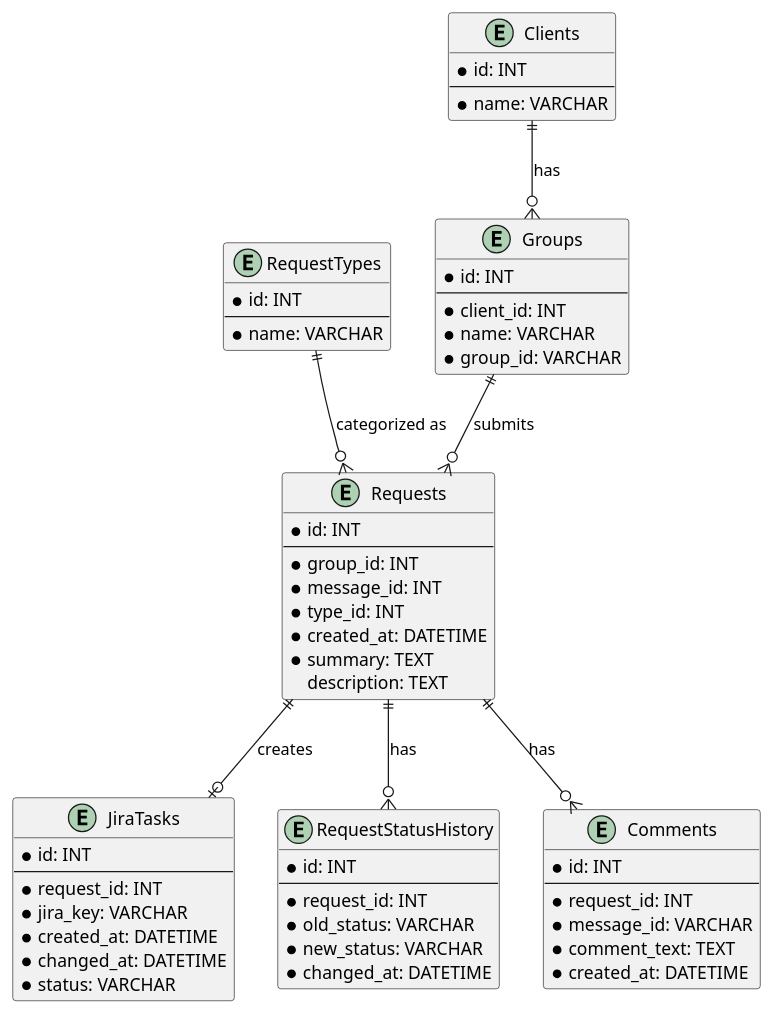
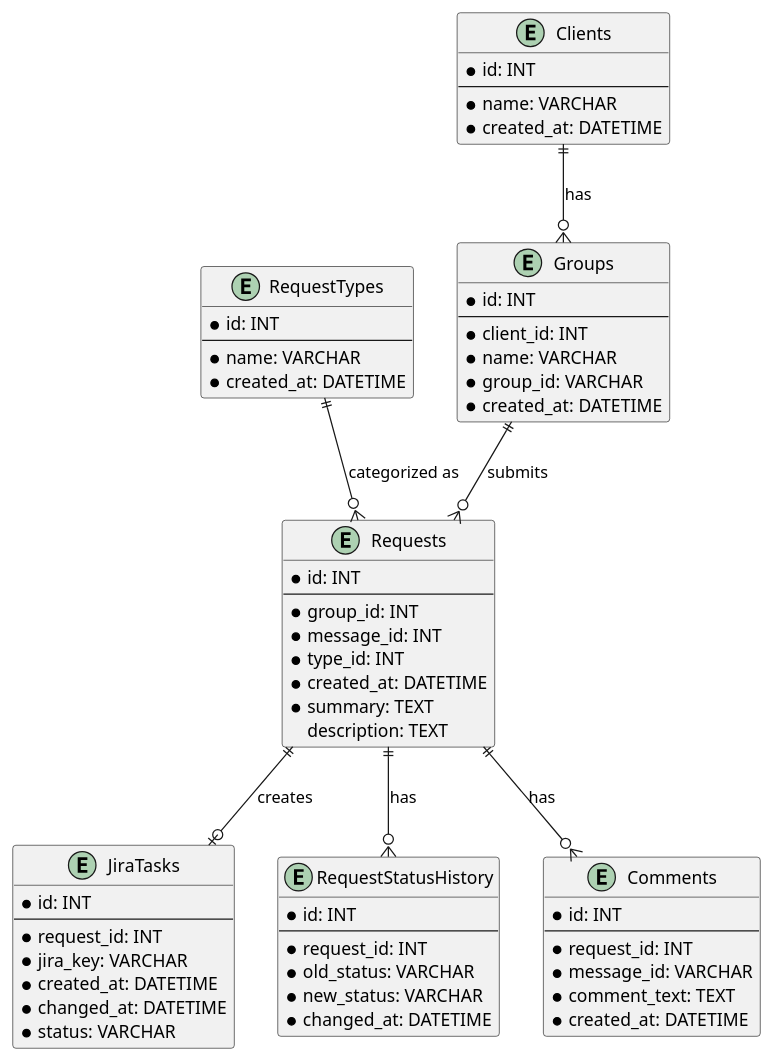
Before and after one commit to vradaev/TGBotJira: the diagram in Docs/DB.puml, drawn with PlantUML. The commit also changed 4 other files, not shown here.

```diff
--- a/Docs/DB.puml
+++ b/Docs/DB.puml
@@ -1,68 +1,71 @@
 @startuml
 
 
 entity Groups {
     * id: INT
     --
     * client_id: INT
     * name: VARCHAR
     * group_id: VARCHAR
+    * created_at: DATETIME
 }
 
 entity Clients {
     * id: INT
     --
     * name: VARCHAR
+    * created_at: DATETIME
 }
 
 entity RequestTypes {
     * id: INT
     --
     * name: VARCHAR
+    * created_at: DATETIME
 }
 
 entity Requests {
     * id: INT
     --
     * group_id: INT
     * message_id: INT
     * type_id: INT
     * created_at: DATETIME
     * summary: TEXT
     description: TEXT
 }
 
 entity JiraTasks {
     * id: INT
     --
     * request_id: INT
     * jira_key: VARCHAR
     * created_at: DATETIME
     * changed_at: DATETIME
     * status: VARCHAR
 }
 
 entity RequestStatusHistory {
     * id: INT
     --
     * request_id: INT
     * old_status: VARCHAR
     * new_status: VARCHAR
     * changed_at: DATETIME
 }
 entity Comments {
     * id: INT
     --
     * request_id: INT
     * message_id: VARCHAR
     * comment_text: TEXT
     * created_at: DATETIME
 }
 Groups ||--o{ Requests : "submits"
 Clients ||--o{ Groups : "has"
 RequestTypes ||--o{ Requests : "categorized as"
 Requests ||--o| JiraTasks : "creates"
 Requests ||--o{ RequestStatusHistory : "has"
 Requests ||--o{ Comments : "has"
 
 @enduml
```
